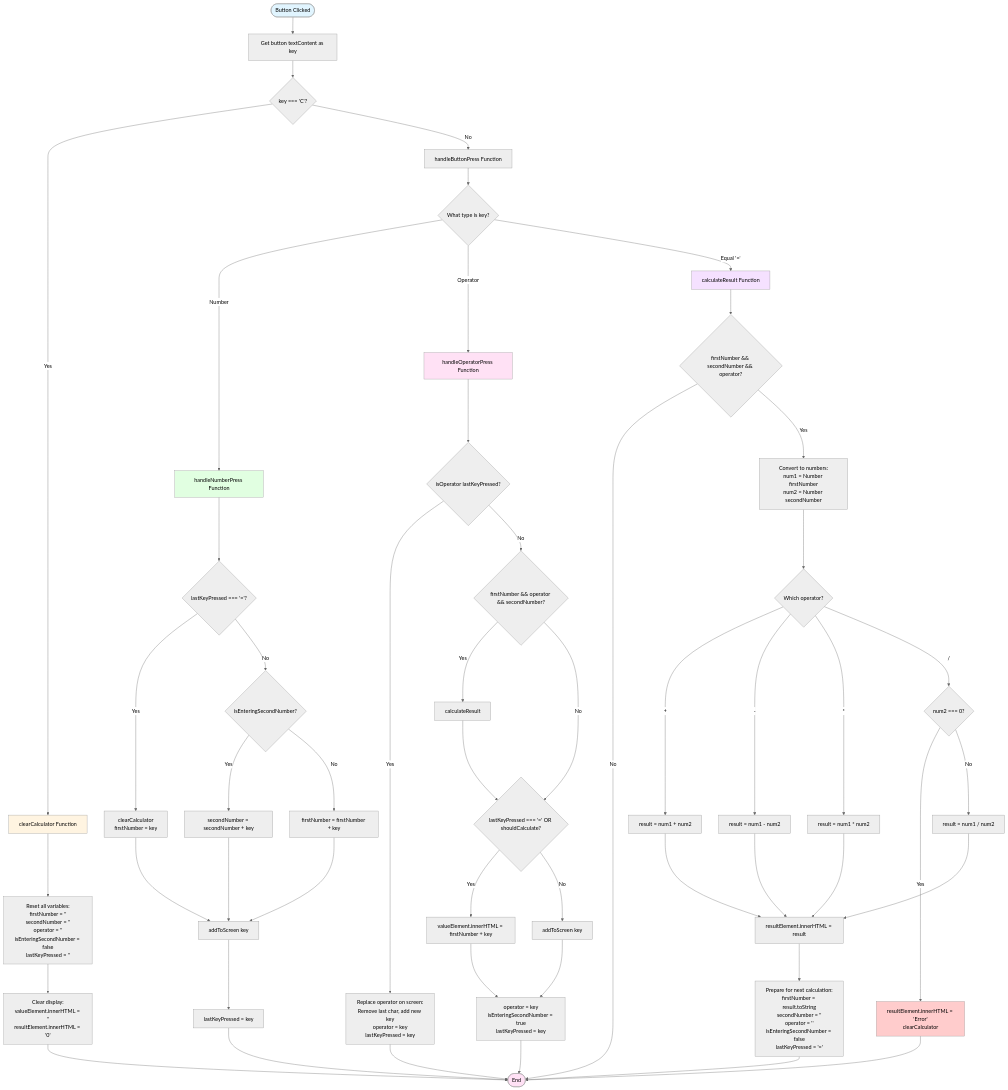
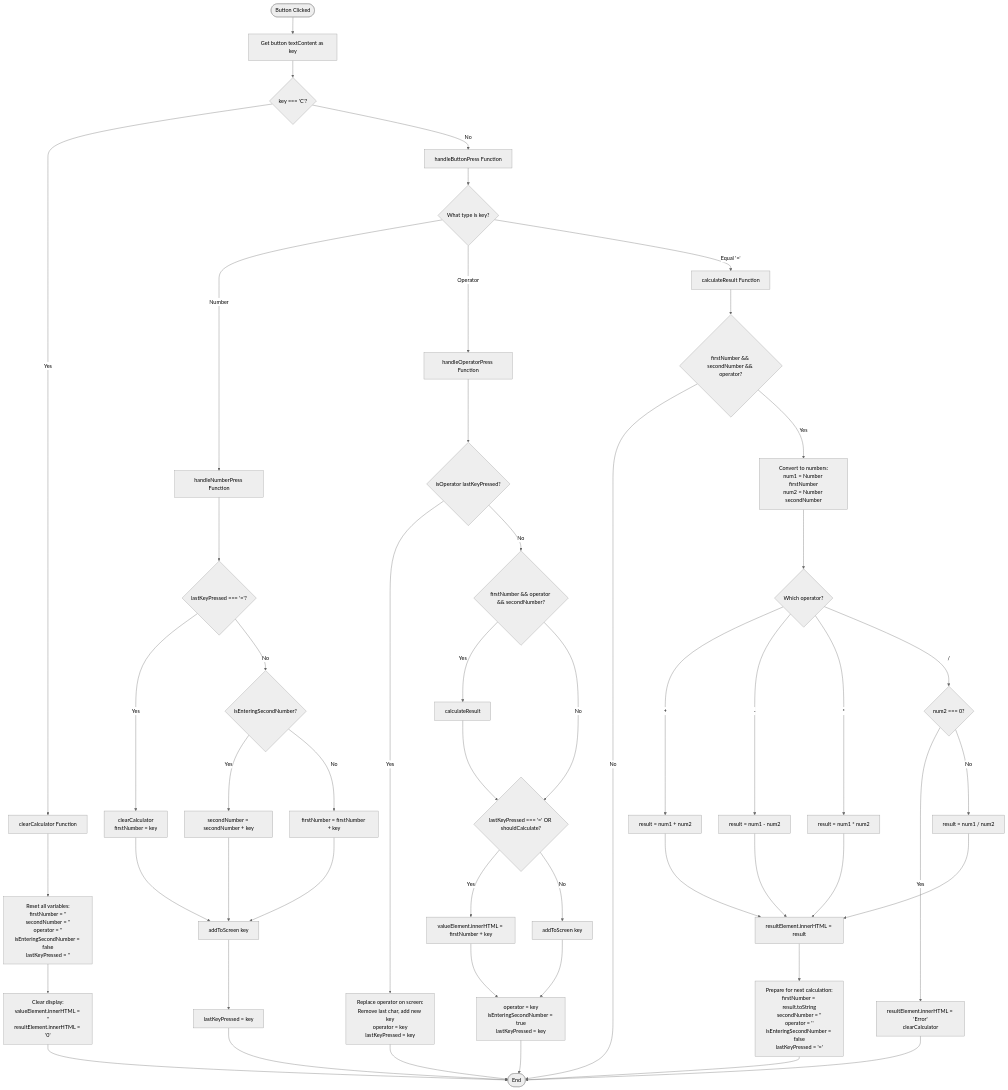
The diagram in teacher/01-11-2025/calculator-flowchart.md (ojotuleblesstutu-design/code4kid), drawn with Mermaid (neutral theme) before and after one commit. The commit also changed 1 other file, not shown here.

Commit message:
adding update

````diff
--- a/teacher/01-11-2025/calculator-flowchart.md
+++ b/teacher/01-11-2025/calculator-flowchart.md
@@ -5,74 +5,66 @@
 ```mermaid
 flowchart TD
     Start([Button Clicked]) --> GetKey[Get button textContent as key]
     GetKey --> IsClear{key === 'C'?}
 
     IsClear -->|Yes| Clear[clearCalculator Function]
     Clear --> ResetVars[Reset all variables:<br/>firstNumber = ''<br/>secondNumber = ''<br/>operator = ''<br/>isEnteringSecondNumber = false<br/>lastKeyPressed = '']
     ResetVars --> ClearDisplay[Clear display:<br/>valueElement.innerHTML = ''<br/>resultElement.innerHTML = '0']
     ClearDisplay --> End([End])
 
     IsClear -->|No| HandleBtn[handleButtonPress Function]
     HandleBtn --> CheckType{What type is key?}
 
     CheckType -->|Number| HandleNum[handleNumberPress Function]
     CheckType -->|Operator| HandleOp[handleOperatorPress Function]
     CheckType -->|Equal '='| Calc[calculateResult Function]
 
     %% Number Press Flow
     HandleNum --> LastWasEqual{lastKeyPressed === '='?}
     LastWasEqual -->|Yes| ClearAndSet[clearCalculator<br/>firstNumber = key]
     LastWasEqual -->|No| CheckSecondNum{isEnteringSecondNumber?}
     CheckSecondNum -->|Yes| AddToSecond[secondNumber = secondNumber + key]
     CheckSecondNum -->|No| AddToFirst[firstNumber = firstNumber + key]
     ClearAndSet --> AddToScreen1[addToScreen key]
     AddToSecond --> AddToScreen1
     AddToFirst --> AddToScreen1
     AddToScreen1 --> UpdateLast1[lastKeyPressed = key]
     UpdateLast1 --> End
 
     %% Operator Press Flow
     HandleOp --> LastWasOp{isOperator lastKeyPressed?}
     LastWasOp -->|Yes| ReplaceOp[Replace operator on screen:<br/>Remove last char, add new key<br/>operator = key<br/>lastKeyPressed = key]
     ReplaceOp --> End
     LastWasOp -->|No| HasComplete{firstNumber && operator && secondNumber?}
     HasComplete -->|Yes| CalcFirst[calculateResult]
     HasComplete -->|No| CheckLast2{lastKeyPressed === '=' OR shouldCalculate?}
     CalcFirst --> CheckLast2
     CheckLast2 -->|Yes| ShowResultOp[valueElement.innerHTML = firstNumber + key]
     CheckLast2 -->|No| AddOpToScreen[addToScreen key]
     ShowResultOp --> SetOpState[operator = key<br/>isEnteringSecondNumber = true<br/>lastKeyPressed = key]
     AddOpToScreen --> SetOpState
     SetOpState --> End
 
     %% Calculate Result Flow
     Calc --> HasAllValues{firstNumber && secondNumber && operator?}
     HasAllValues -->|No| End
     HasAllValues -->|Yes| ConvertNums[Convert to numbers:<br/>num1 = Number firstNumber<br/>num2 = Number secondNumber]
     ConvertNums --> CheckOp{Which operator?}
 
     CheckOp -->|+| Add[result = num1 + num2]
     CheckOp -->|-| Subtract[result = num1 - num2]
     CheckOp -->|*| Multiply[result = num1 * num2]
     CheckOp -->|/| CheckZero{num2 === 0?}
 
     CheckZero -->|Yes| ShowError[resultElement.innerHTML = 'Error'<br/>clearCalculator]
     ShowError --> End
     CheckZero -->|No| Divide[result = num1 / num2]
 
     Add --> ShowResult[resultElement.innerHTML = result]
     Subtract --> ShowResult
     Multiply --> ShowResult
     Divide --> ShowResult
 
     ShowResult --> PrepNext[Prepare for next calculation:<br/>firstNumber = result.toString<br/>secondNumber = ''<br/>operator = ''<br/>isEnteringSecondNumber = false<br/>lastKeyPressed = '=']
     PrepNext --> End
-
-    style Start fill:#e1f5ff
-    style End fill:#ffe1f5
-    style Clear fill:#fff4e1
-    style HandleNum fill:#e1ffe1
-    style HandleOp fill:#ffe1f5
-    style Calc fill:#f5e1ff
-    style ShowError fill:#ffcccc
 ```
````
